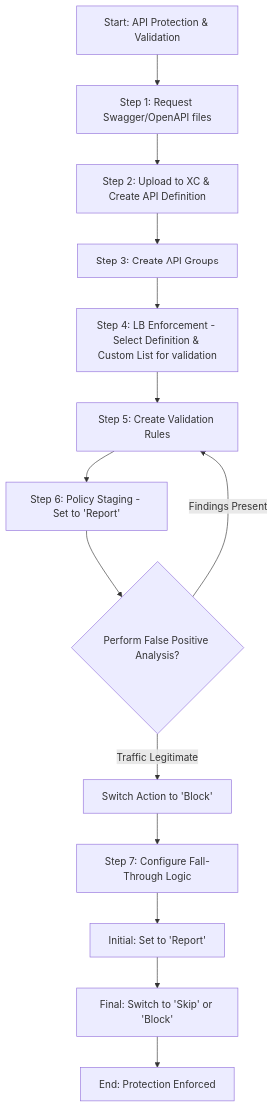
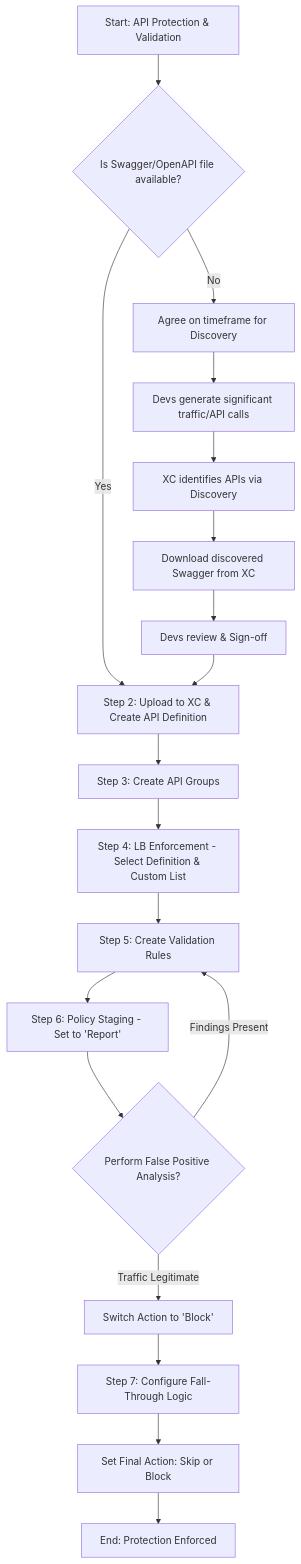
One commit to SarveshWagh/f5xc-flowcharts changed the diagram in api-protection-validation.md. Above: the diagram before and after it, drawn with Mermaid.

````diff
--- a/api-protection-validation.md
+++ b/api-protection-validation.md
@@ -1,19 +1,30 @@
 ``` mermaid
 flowchart TD
-    Start[Start: API Protection & Validation] --> S1[Step 1: Request Swagger/OpenAPI files]
-    S1 --> S2[Step 2: Upload to XC & Create API Definition]
+    Start[Start: API Protection & Validation] --> S1{Is Swagger/OpenAPI file available?}
+    
+    %% Path if Swagger is available
+    S1 -- Yes --> S2[Step 2: Upload to XC & Create API Definition]
+    
+    %% Path if Swagger is NOT available (Your new logic)
+    S1 -- No --> Disc1[Agree on timeframe for Discovery]
+    Disc1 --> Disc2[Devs generate significant traffic/API calls]
+    Disc2 --> Disc3[XC identifies APIs via Discovery]
+    Disc3 --> Disc4[Download discovered Swagger from XC]
+    Disc4 --> Disc5[Devs review & Sign-off]
+    Disc5 --> S2
+    
+    %% Standard Flow continues
     S2 --> S3[Step 3: Create API Groups]
-    S3 --> S4[Step 4: LB Enforcement - Select Definition & Custom List for validation]
+    S3 --> S4[Step 4: LB Enforcement - Select Definition & Custom List]
     
     S4 --> S5[Step 5: Create Validation Rules]
     S5 --> S6[Step 6: Policy Staging - Set to 'Report']
     
     S6 --> FP{Perform False Positive Analysis?}
     FP -- Findings Present --> S5
     FP -- Traffic Legitimate --> S6B[Switch Action to 'Block']
     
     S6B --> S7[Step 7: Configure Fall-Through Logic]
-    S7 --> FT_Report[Initial: Set to 'Report']
-    FT_Report --> FT_Final[Final: Switch to 'Skip' or 'Block']
+    S7 --> FT_Final[Set Final Action: Skip or Block]
     FT_Final --> End[End: Protection Enforced]
 ```
````
